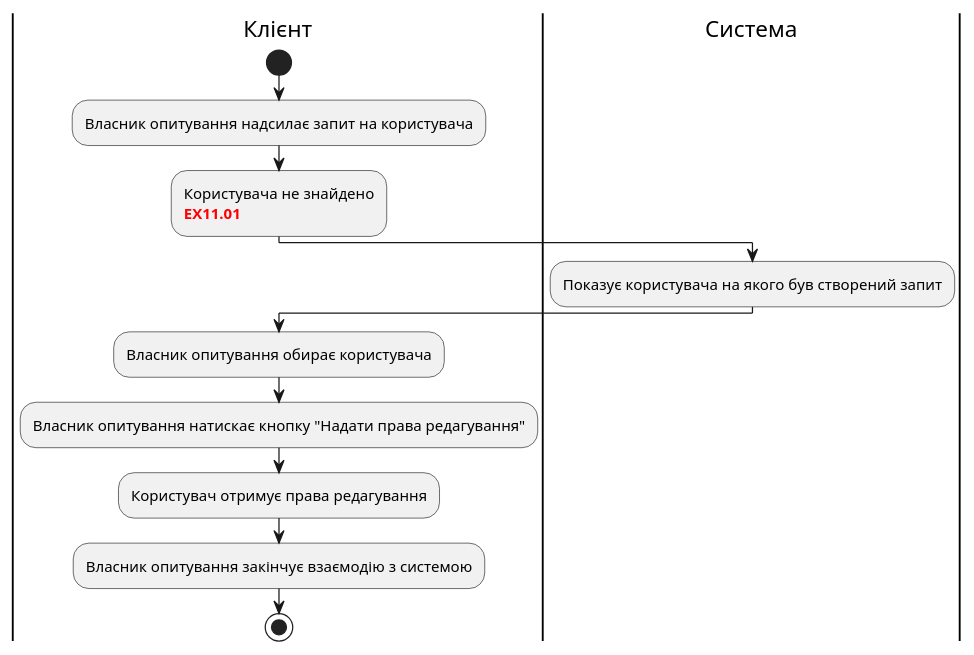
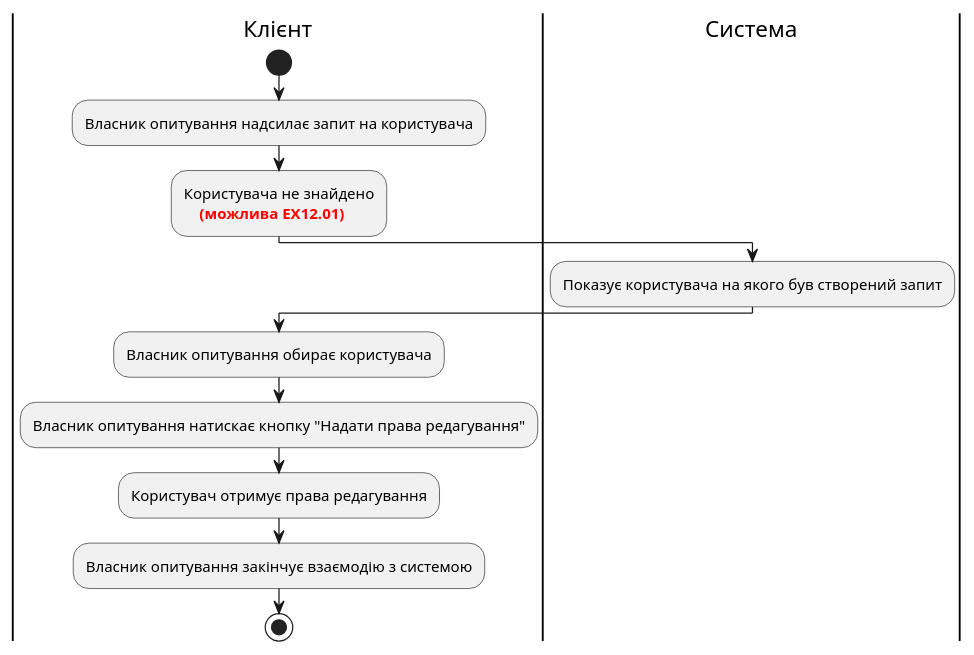
Diagram 16 of 16 in docs/use cases/README.md (edu-db/edu_db_labs), drawn with PlantUML before and after one commit. The commit also changed other lines of this file, not shown here.

```diff
--- a/docs/use cases/README.md
+++ b/docs/use cases/README.md
@@ -536,20 +500,19 @@
 @startuml
 
 |Клієнт|
 start;
 :Власник опитування надсилає запит на користувача;
-:Користувача не знайдено
-<font color="red"><b>ЕХ11.01;
+:Користувача не знайдено\n    <font color="red"><b>(можлива ЕХ12.01);
 
 |Система|
 :Показує користувача на якого був створений запит;
 
 |Клієнт|
 :Власник опитування обирає користувача;
 :Власник опитування натискає кнопку "Надати права редагування";
 :Користувач отримує права редагування;
 :Власник опитування закінчує взаємодію з системою;
 
 stop;
 
 @enduml
```
